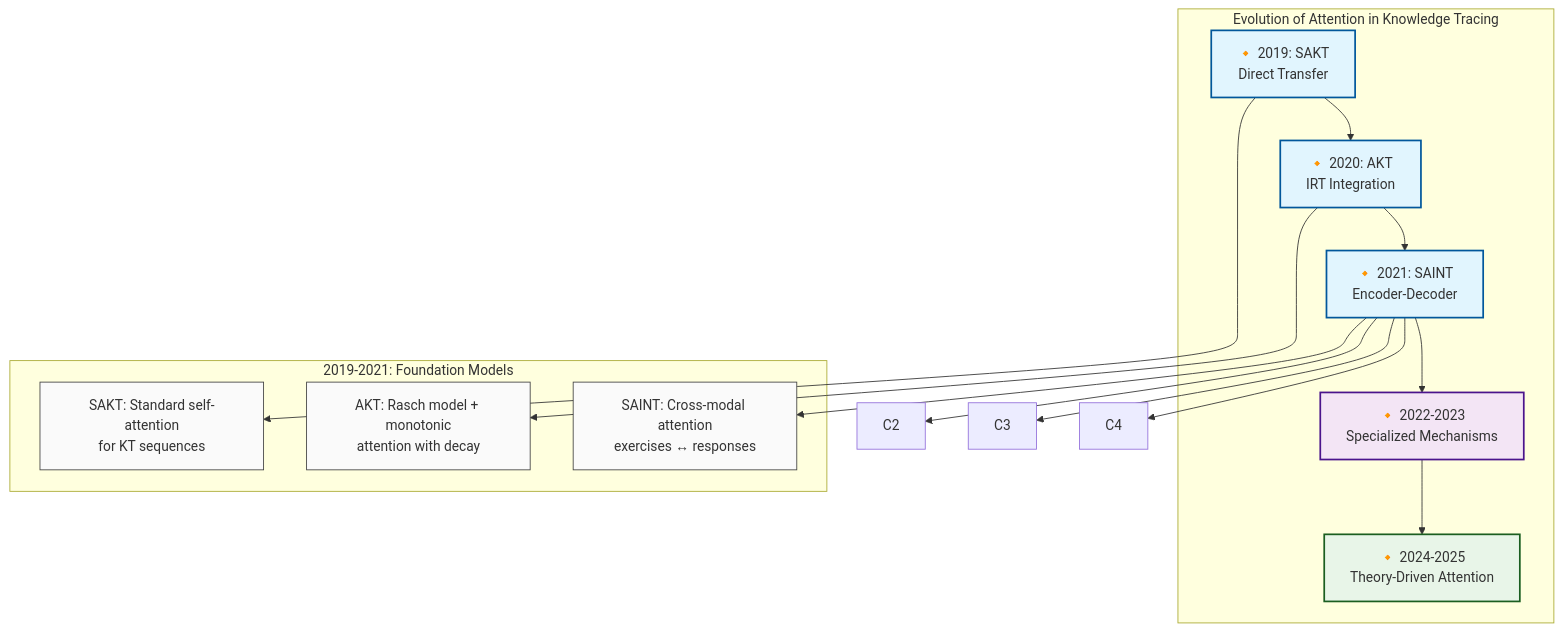
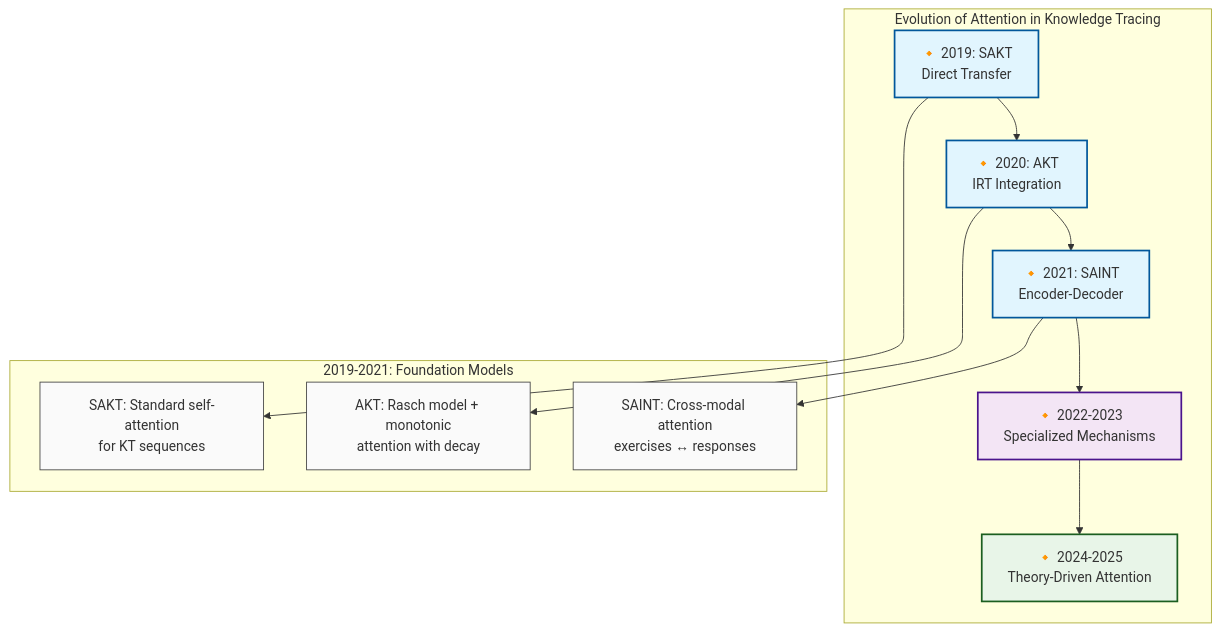
Before and after one commit to clabra/pykt-toolkit: the first of 8 diagrams in assistant/taxonomy.md, drawn with Mermaid. The commit also changed other lines of this file and 5 other files, not shown here.

````diff
--- a/assistant/taxonomy.md
+++ b/assistant/taxonomy.md
@@ -393,36 +384,34 @@
 ```mermaid
 graph TB
     subgraph "Evolution of Attention in Knowledge Tracing"
         A["🔸 2019: SAKT<br/>Direct Transfer"]
         B["🔸 2020: AKT<br/>IRT Integration"] 
         C["🔸 2021: SAINT<br/>Encoder-Decoder"]
         D["🔸 2022-2023<br/>Specialized Mechanisms"]
         E["🔸 2024-2025<br/>Theory-Driven Attention"]
     end
     
     A --> B --> C --> D --> E
     
     subgraph "2019-2021: Foundation Models"
         A1["SAKT: Standard self-attention<br/>for KT sequences"]
         B1["AKT: Rasch model + monotonic<br/>attention with decay"]
         C1["SAINT: Cross-modal attention<br/>exercises ↔ responses"]
     end
     
     A --> A1
     B --> B1  
     C --> C1
-    C --> C2
-    C --> C3
-    C --> C4
+
     
     classDef foundation fill:#e1f5fe,stroke:#01579b,stroke-width:2px
     classDef specialized fill:#f3e5f5,stroke:#4a148c,stroke-width:2px
     classDef theoretical fill:#e8f5e8,stroke:#1b5e20,stroke-width:2px
     classDef category fill:#fff3e0,stroke:#e65100,stroke-width:2px
     classDef model fill:#fafafa,stroke:#424242,stroke-width:1px
     
     class A,B,C foundation;
     class D specialized;
     class E theoretical;
     class A1,B1,C1 model
 ```
````
